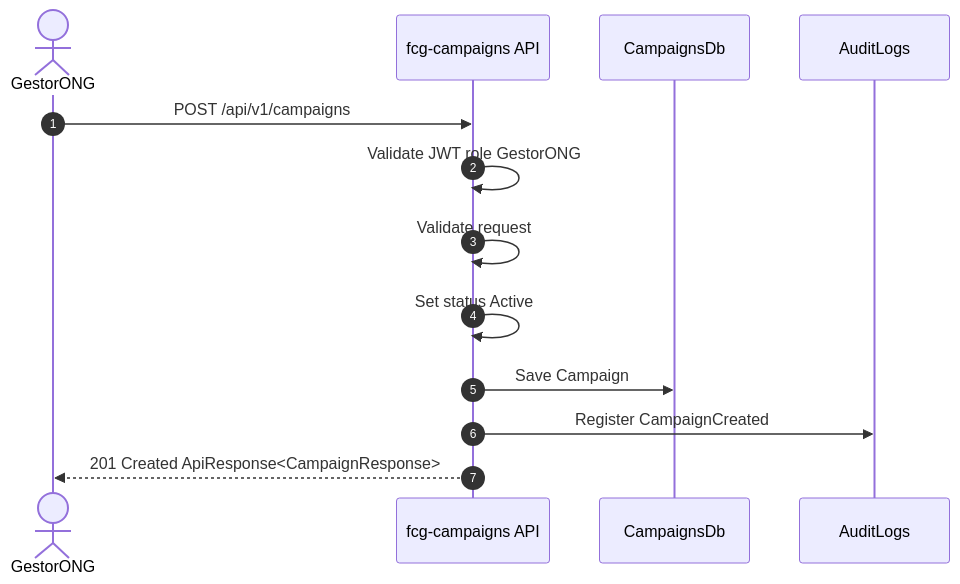
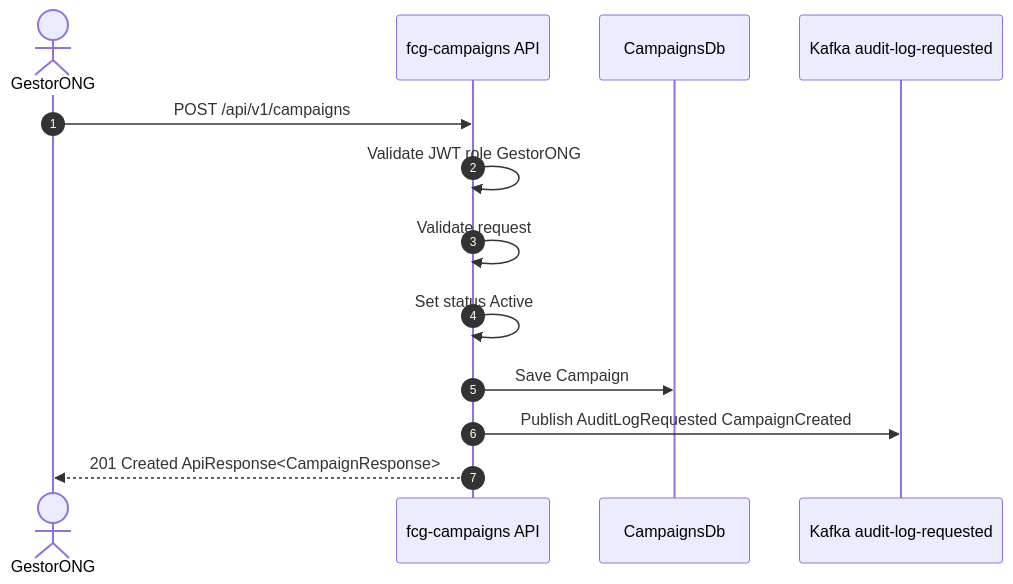
The ninth of 30 diagrams in architecture/endpoint-flows.md (group10-tc-01/fcs-fase05-docs), drawn with Mermaid before and after one commit. The commit also changed other lines of this file and 15 other files, not shown here.

````diff
--- a/architecture/endpoint-flows.md
+++ b/architecture/endpoint-flows.md
@@ -176,16 +176,16 @@
 ```mermaid
 sequenceDiagram
     autonumber
     actor Manager as GestorONG
     participant CampaignsApi as fcg-campaigns API
     participant CampaignsDb as CampaignsDb
-    participant Audit as AuditLogs
+    participant AuditKafka as Kafka audit-log-requested
 
     Manager->>CampaignsApi: POST /api/v1/campaigns
     CampaignsApi->>CampaignsApi: Validate JWT role GestorONG
     CampaignsApi->>CampaignsApi: Validate request
     CampaignsApi->>CampaignsApi: Set status Active
     CampaignsApi->>CampaignsDb: Save Campaign
-    CampaignsApi->>Audit: Register CampaignCreated
+    CampaignsApi->>AuditKafka: Publish AuditLogRequested CampaignCreated
     CampaignsApi-->>Manager: 201 Created ApiResponse<CampaignResponse>
 ```
````
